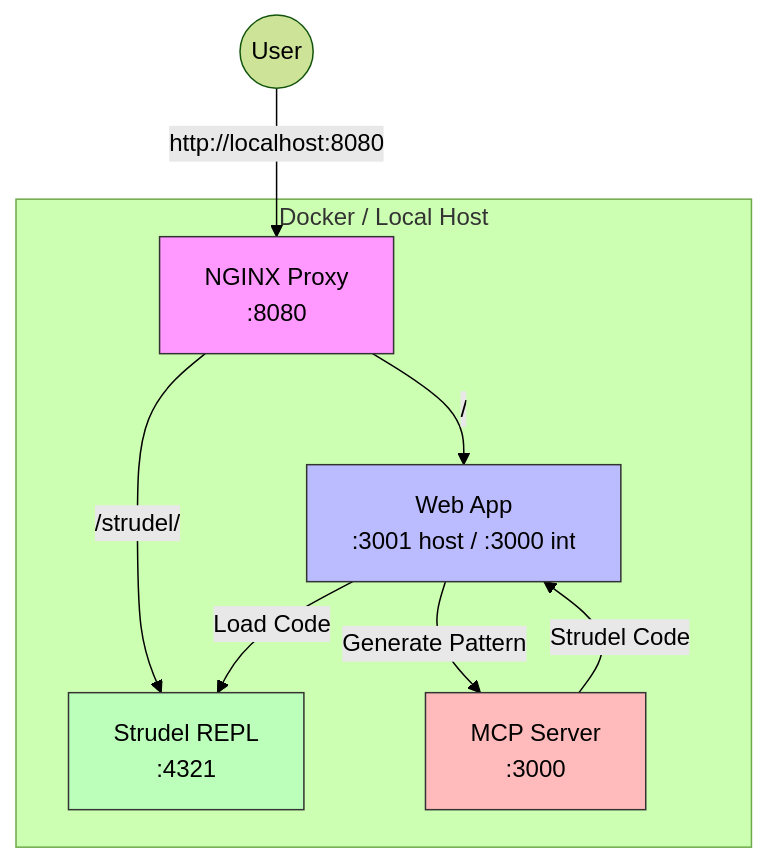
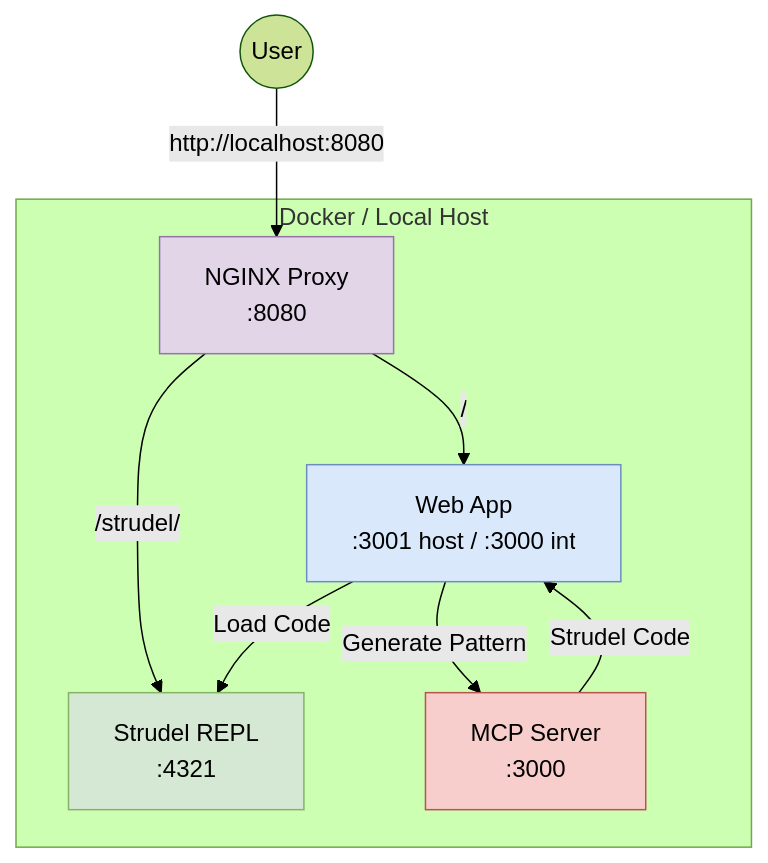
The diagram in doc/architecture.mmd (alienmind/algorave), drawn with Mermaid (forest theme) before and after one commit. The commit also changed 2 other files, not shown here.

Commit message:
docs: improve architecture diagram visibility and update description

```diff
--- a/doc/architecture.mmd
+++ b/doc/architecture.mmd
@@ -1,21 +1,21 @@
 graph TD
     User((User))
     
     subgraph "Docker / Local Host"
         Proxy[NGINX Proxy<br/>:8080]
         WebApp[Web App<br/>:3001 host / :3000 int]
         Strudel[Strudel REPL<br/>:4321]
         MCP[MCP Server<br/>:3000]
     end
 
     User -->|http://localhost:8080| Proxy
     Proxy -->|/| WebApp
     Proxy -->|/strudel/| Strudel
     WebApp -->|Generate Pattern| MCP
     MCP -->|Strudel Code| WebApp
     WebApp -->|Load Code| Strudel
 
-    style Proxy fill:#f9f,stroke:#333
-    style WebApp fill:#bbf,stroke:#333
-    style Strudel fill:#bfb,stroke:#333
-    style MCP fill:#fbb,stroke:#333
+    style Proxy fill:#e1d5e7,stroke:#9673a6,color:#000
+    style WebApp fill:#dae8fc,stroke:#6c8ebf,color:#000
+    style Strudel fill:#d5e8d4,stroke:#82b366,color:#000
+    style MCP fill:#f8cecc,stroke:#b85450,color:#000
```
